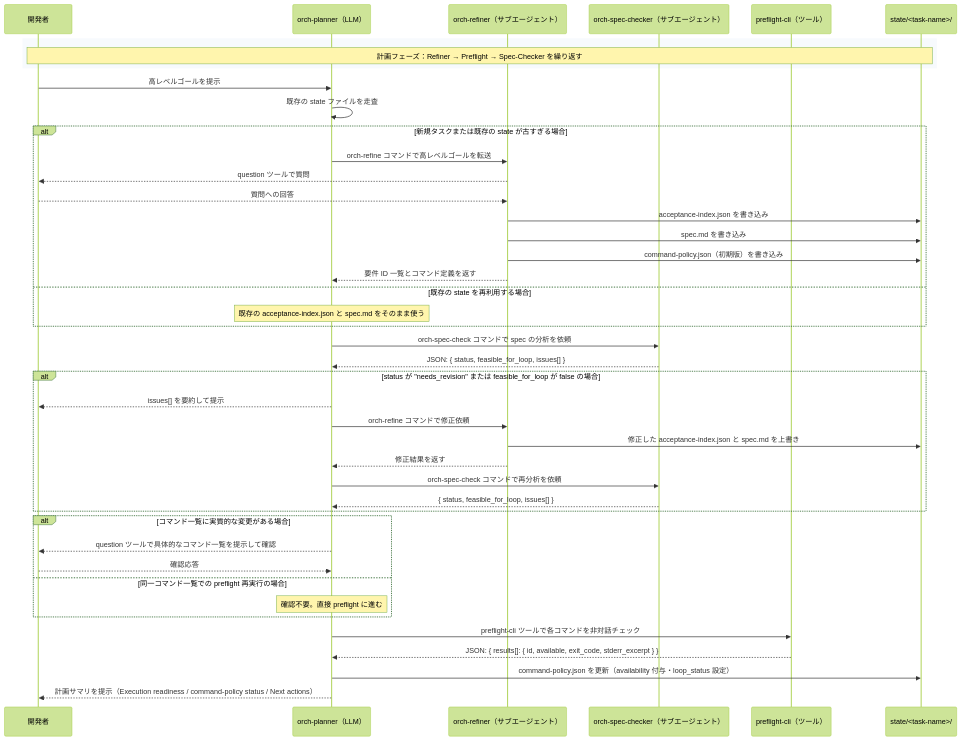
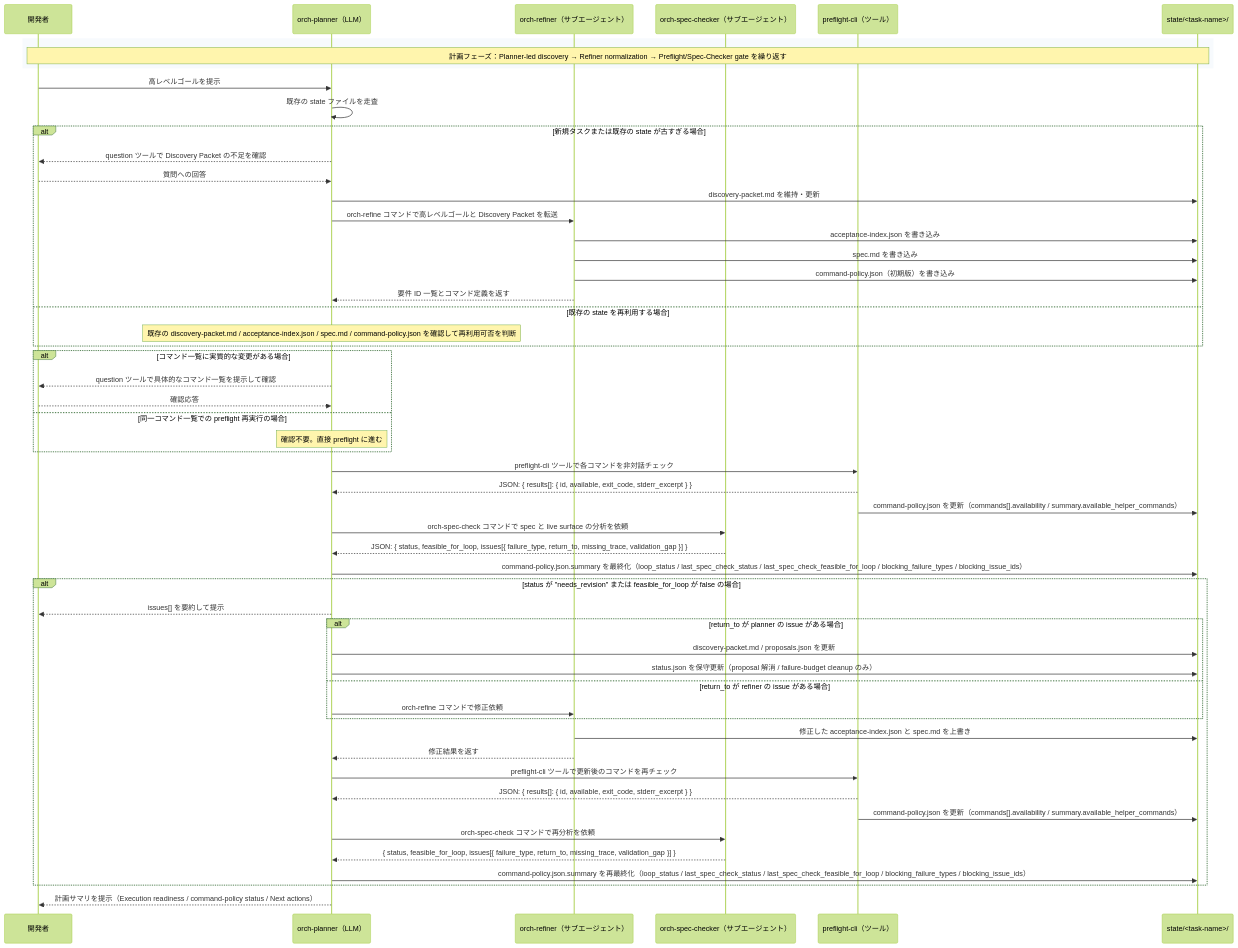
One commit to ZenkakuHiragana/opencode-orchestrator changed the first of 2 diagrams in agent-roles.md. Above: the diagram before and after it, drawn with Mermaid (forest theme). The commit also changed other lines of this file and 22 other files, not shown here.

First line of the commit message:
fix: align planning readiness with planner-finalized summary

````diff
--- a/agent-roles.md
+++ b/agent-roles.md
@@ -54,53 +55,63 @@
 ```mermaid
 sequenceDiagram
     participant Human as 開発者
     participant Planner as orch-planner（LLM）
     participant RefinerAgent as orch-refiner（サブエージェント）
     participant SpecCheckerAgent as orch-spec-checker（サブエージェント）
     participant PreflightTool as preflight-cli（ツール）
     participant StateDir as state/<task-name>/
 
     rect rgba(200, 220, 240, 0.15)
-        Note over Human,StateDir: 計画フェーズ：Refiner → Preflight → Spec-Checker を繰り返す
+        Note over Human,StateDir: 計画フェーズ：Planner-led discovery → Refiner normalization → Preflight/Spec-Checker gate を繰り返す
     end
 
     Human->>Planner: 高レベルゴールを提示
     Planner->>Planner: 既存の state ファイルを走査
 
     alt 新規タスクまたは既存の state が古すぎる場合
-        Planner->>RefinerAgent: orch-refine コマンドで高レベルゴールを転送
-        RefinerAgent-->>Human: question ツールで質問
-        Human-->>RefinerAgent: 質問への回答
+        Planner-->>Human: question ツールで Discovery Packet の不足を確認
+        Human-->>Planner: 質問への回答
+        Planner->>StateDir: discovery-packet.md を維持・更新
+        Planner->>RefinerAgent: orch-refine コマンドで高レベルゴールと Discovery Packet を転送
         RefinerAgent->>StateDir: acceptance-index.json を書き込み
         RefinerAgent->>StateDir: spec.md を書き込み
         RefinerAgent->>StateDir: command-policy.json（初期版）を書き込み
         RefinerAgent-->>Planner: 要件 ID 一覧とコマンド定義を返す
     else 既存の state を再利用する場合
-        Note over Planner: 既存の acceptance-index.json と spec.md をそのまま使う
-    end
-
-    Planner->>SpecCheckerAgent: orch-spec-check コマンドで spec の分析を依頼
-    SpecCheckerAgent-->>Planner: JSON: { status, feasible_for_loop, issues[] }
-
-    alt status が "needs_revision" または feasible_for_loop が false の場合
-        Planner-->>Human: issues[] を要約して提示
-        Planner->>RefinerAgent: orch-refine コマンドで修正依頼
-        RefinerAgent->>StateDir: 修正した acceptance-index.json と spec.md を上書き
-        RefinerAgent-->>Planner: 修正結果を返す
-        Planner->>SpecCheckerAgent: orch-spec-check コマンドで再分析を依頼
-        SpecCheckerAgent-->>Planner: { status, feasible_for_loop, issues[] }
+        Note over Planner: 既存の discovery-packet.md / acceptance-index.json / spec.md / command-policy.json を確認して再利用可否を判断
     end
 
     alt コマンド一覧に実質的な変更がある場合
         Planner-->>Human: question ツールで具体的なコマンド一覧を提示して確認
         Human-->>Planner: 確認応答
     else 同一コマンド一覧での preflight 再実行の場合
         Note over Planner: 確認不要。直接 preflight に進む
     end
-
     Planner->>PreflightTool: preflight-cli ツールで各コマンドを非対話チェック
     PreflightTool-->>Planner: JSON: { results[]: { id, available, exit_code, stderr_excerpt } }
+    PreflightTool->>StateDir: command-policy.json を更新（commands[].availability / summary.available_helper_commands）
 
-    Planner->>StateDir: command-policy.json を更新（availability 付与・loop_status 設定）
+    Planner->>SpecCheckerAgent: orch-spec-check コマンドで spec と live surface の分析を依頼
+    SpecCheckerAgent-->>Planner: JSON: { status, feasible_for_loop, issues[{ failure_type, return_to, missing_trace, validation_gap }] }
+    Planner->>StateDir: command-policy.json.summary を最終化（loop_status / last_spec_check_status / last_spec_check_feasible_for_loop / blocking_failure_types / blocking_issue_ids）
+
+    alt status が "needs_revision" または feasible_for_loop が false の場合
+        Planner-->>Human: issues[] を要約して提示
+        alt return_to が planner の issue がある場合
+            Planner->>StateDir: discovery-packet.md / proposals.json を更新
+            Planner->>StateDir: status.json を保守更新（proposal 解消 / failure-budget cleanup のみ）
+        else return_to が refiner の issue がある場合
+            Planner->>RefinerAgent: orch-refine コマンドで修正依頼
+        end
+        RefinerAgent->>StateDir: 修正した acceptance-index.json と spec.md を上書き
+        RefinerAgent-->>Planner: 修正結果を返す
+        Planner->>PreflightTool: preflight-cli ツールで更新後のコマンドを再チェック
+        PreflightTool-->>Planner: JSON: { results[]: { id, available, exit_code, stderr_excerpt } }
+        PreflightTool->>StateDir: command-policy.json を更新（commands[].availability / summary.available_helper_commands）
+        Planner->>SpecCheckerAgent: orch-spec-check コマンドで再分析を依頼
+        SpecCheckerAgent-->>Planner: { status, feasible_for_loop, issues[{ failure_type, return_to, missing_trace, validation_gap }] }
+        Planner->>StateDir: command-policy.json.summary を再最終化（loop_status / last_spec_check_status / last_spec_check_feasible_for_loop / blocking_failure_types / blocking_issue_ids）
+    end
+
     Planner-->>Human: 計画サマリを提示（Execution readiness / command-policy status / Next actions）
 ```
````
